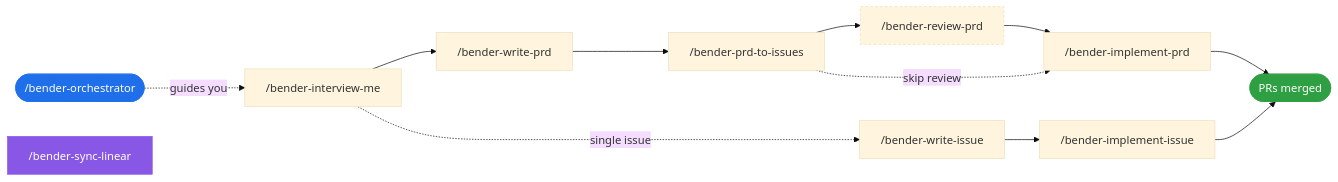
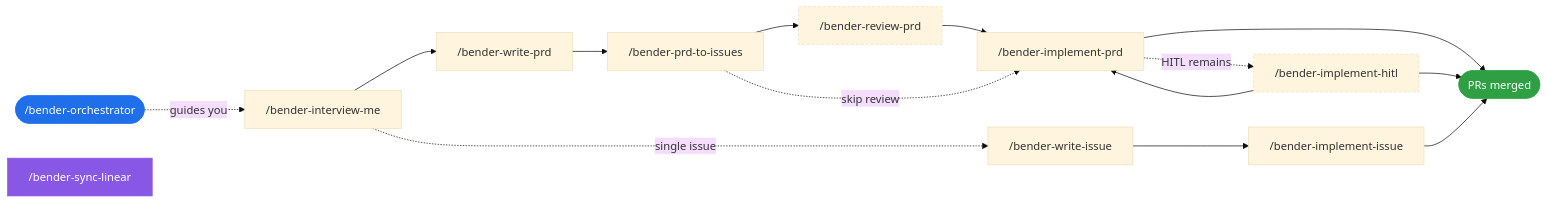
The diagram in README.md (jasonraimondi/plan-bender), drawn with Mermaid (base theme) before and after one commit. The commit also changed other lines of this file and 9 other files, not shown here.

````diff
--- a/README.md
+++ b/README.md
@@ -141,30 +142,34 @@
 ```mermaid
 flowchart LR
     O(["/bender-orchestrator"]):::entry
     I["/bender-interview-me"]
     P["/bender-write-prd"]
     D["/bender-prd-to-issues"]
     R["/bender-review-prd"]:::optional
     M["/bender-implement-prd"]
+    H["/bender-implement-hitl"]:::optional
     WI["/bender-write-issue"]
     II["/bender-implement-issue"]
     L["/bender-sync-linear"]:::side
     Done(["PRs merged"]):::done
 
     O -.guides you.-> I
     I --> P
     P --> D
     D --> R
     R --> M
     D -.skip review.-> M
     M --> Done
+    M -.HITL remains.-> H
+    H --> M
+    H --> Done
 
     I -.single issue.-> WI
     WI --> II
     II --> Done
 
     classDef entry fill:#1f6feb,stroke:#1f6feb,color:#fff
     classDef optional stroke-dasharray: 4 3
     classDef side fill:#8957e5,stroke:#8957e5,color:#fff
     classDef done fill:#2ea043,stroke:#2ea043,color:#fff
 ```
````
